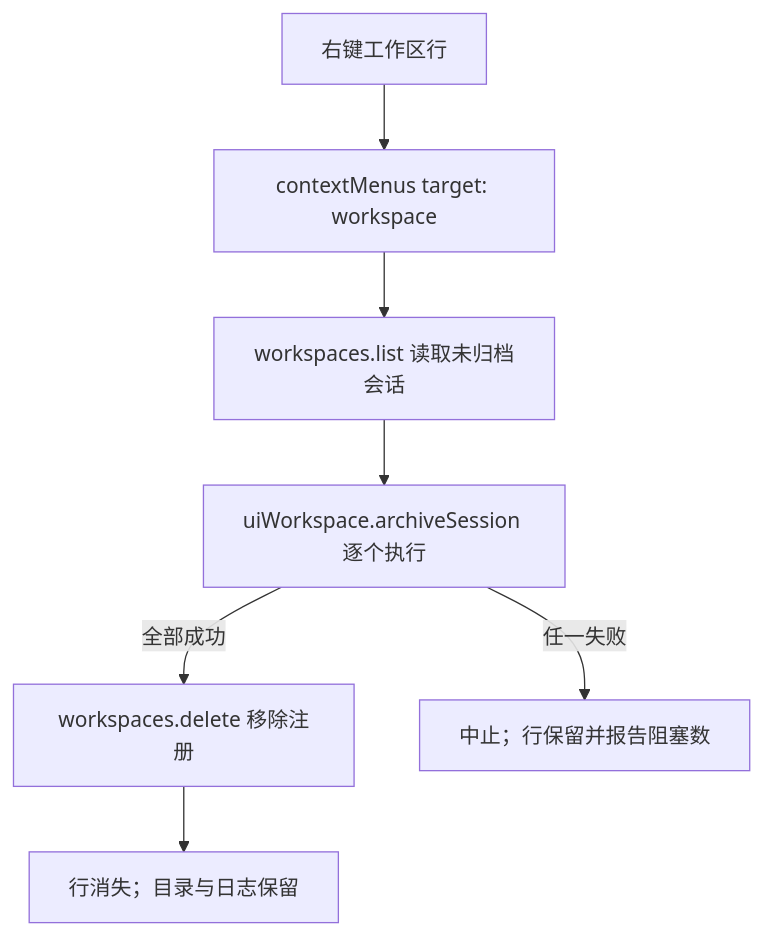
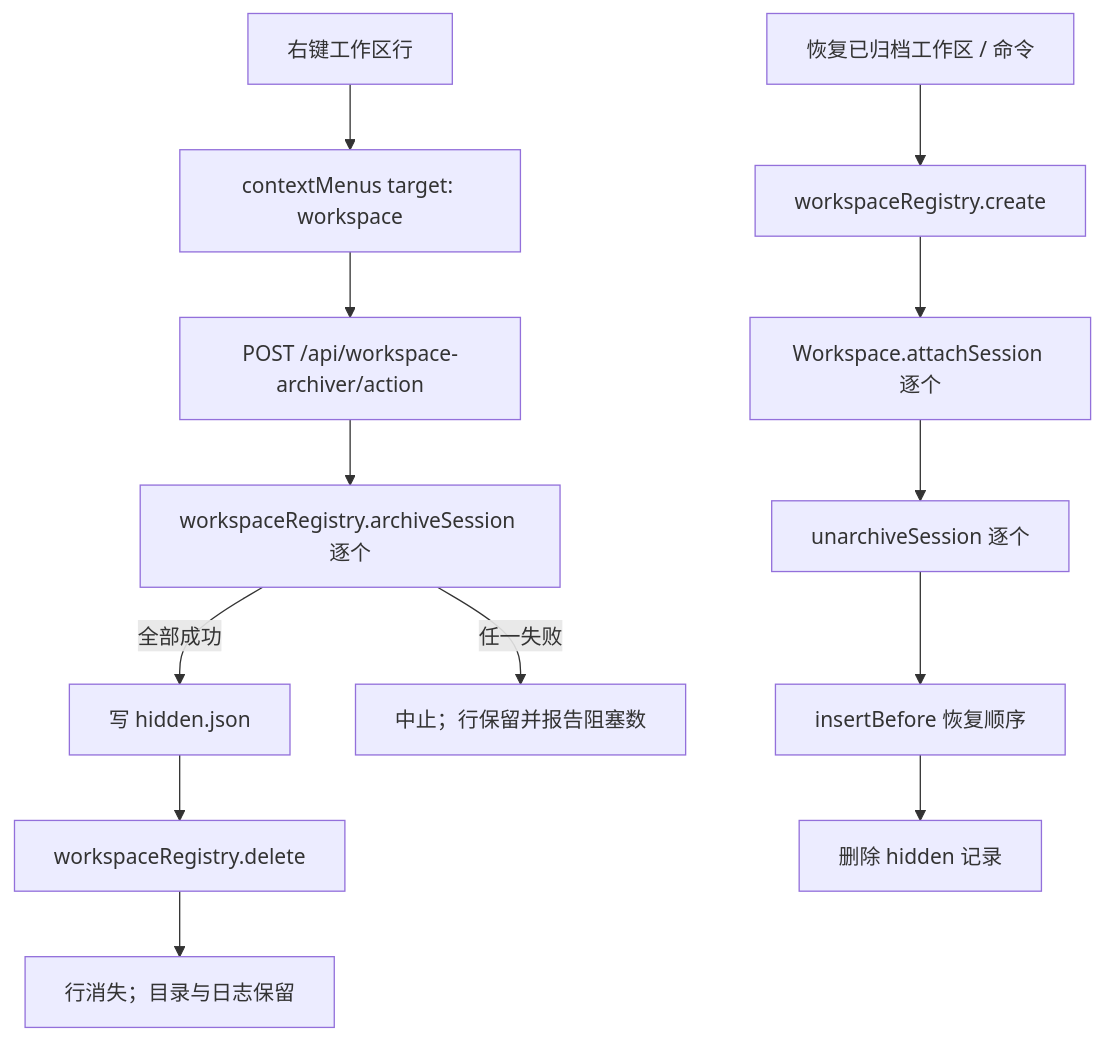
The diagram in README.md (PandaBoby/dsh-workspace-archiver), drawn with Mermaid before and after one commit. The commit also changed other lines of this file and 17 other files, not shown here.

````diff
--- a/README.md
+++ b/README.md
@@ -131,9 +136,16 @@
 ```mermaid
 flowchart TD
   A[右键工作区行] --> B[contextMenus target: workspace]
-  B --> C[workspaces.list 读取未归档会话]
-  C --> D[uiWorkspace.archiveSession 逐个执行]
-  D -->|全部成功| E[workspaces.delete 移除注册]
-  E --> F[行消失；目录与日志保留]
-  D -->|任一失败| G[中止；行保留并报告阻塞数]
+  B --> C[POST /api/workspace-archiver/action]
+  C --> D[workspaceRegistry.archiveSession 逐个]
+  D -->|全部成功| E[写 hidden.json]
+  E --> F[workspaceRegistry.delete]
+  F --> G[行消失；目录与日志保留]
+  D -->|任一失败| H[中止；行保留并报告阻塞数]
+
+  I[恢复已归档工作区 / 命令] --> J[workspaceRegistry.create]
+  J --> K[Workspace.attachSession 逐个]
+  K --> L[unarchiveSession 逐个]
+  L --> M[insertBefore 恢复顺序]
+  M --> N[删除 hidden 记录]
 ```
````
